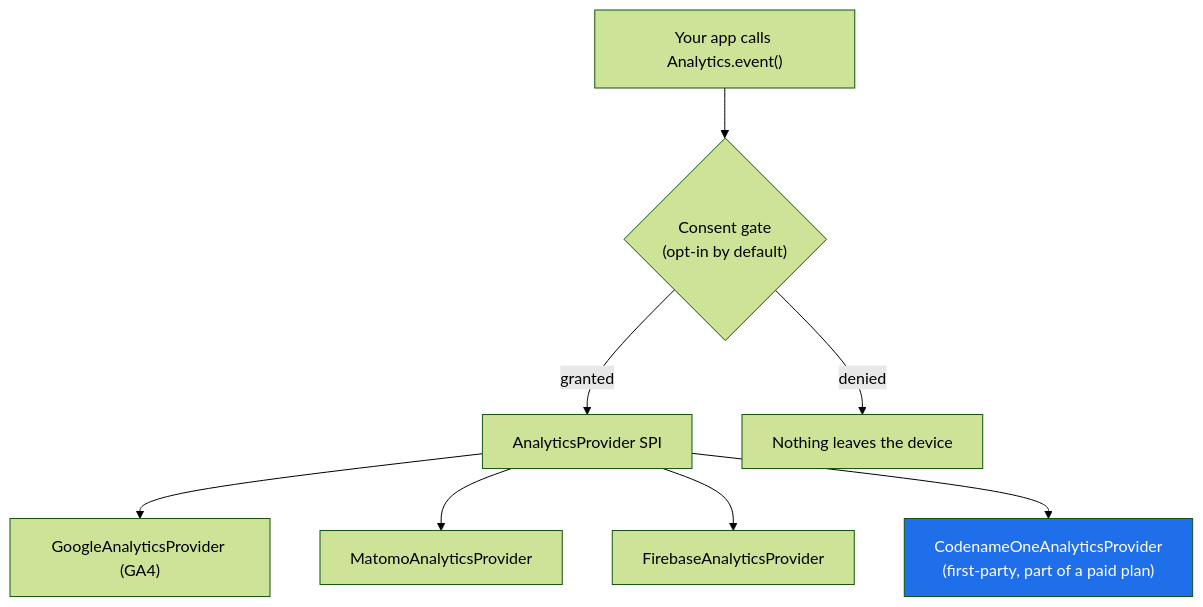
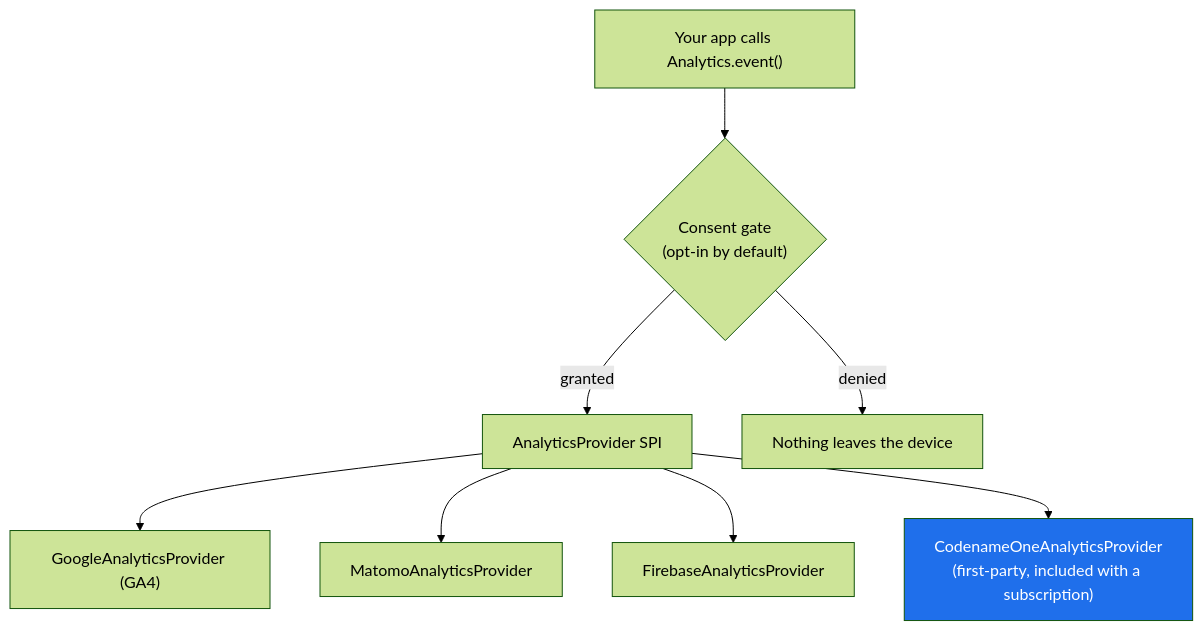
One commit to codenameone/CodenameOne changed the diagram in docs/website/content/blog/funding-open-source-without-the-bait-and-switch.md. Above: the diagram before and after it, drawn with Mermaid (forest theme). The commit also changed other lines of this file and 7 other files, not shown here.

```diff
--- a/docs/website/content/blog/funding-open-source-without-the-bait-and-switch.md
+++ b/docs/website/content/blog/funding-open-source-without-the-bait-and-switch.md
@@ -29,11 +29,11 @@
 {{< mermaid >}}
 flowchart TD
     A["Your app calls Analytics.event()"] --> B{"Consent gate<br/>(opt-in by default)"}
     B -->|granted| C["AnalyticsProvider SPI"]
     B -->|denied| Z["Nothing leaves the device"]
     C --> D["GoogleAnalyticsProvider (GA4)"]
     C --> E["MatomoAnalyticsProvider"]
     C --> F["FirebaseAnalyticsProvider"]
-    C --> G["CodenameOneAnalyticsProvider<br/>(first-party, part of a paid plan)"]
+    C --> G["CodenameOneAnalyticsProvider<br/>(first-party, included with a subscription)"]
     style G fill:#1f6feb,color:#fff
 {{< /mermaid >}}
```
